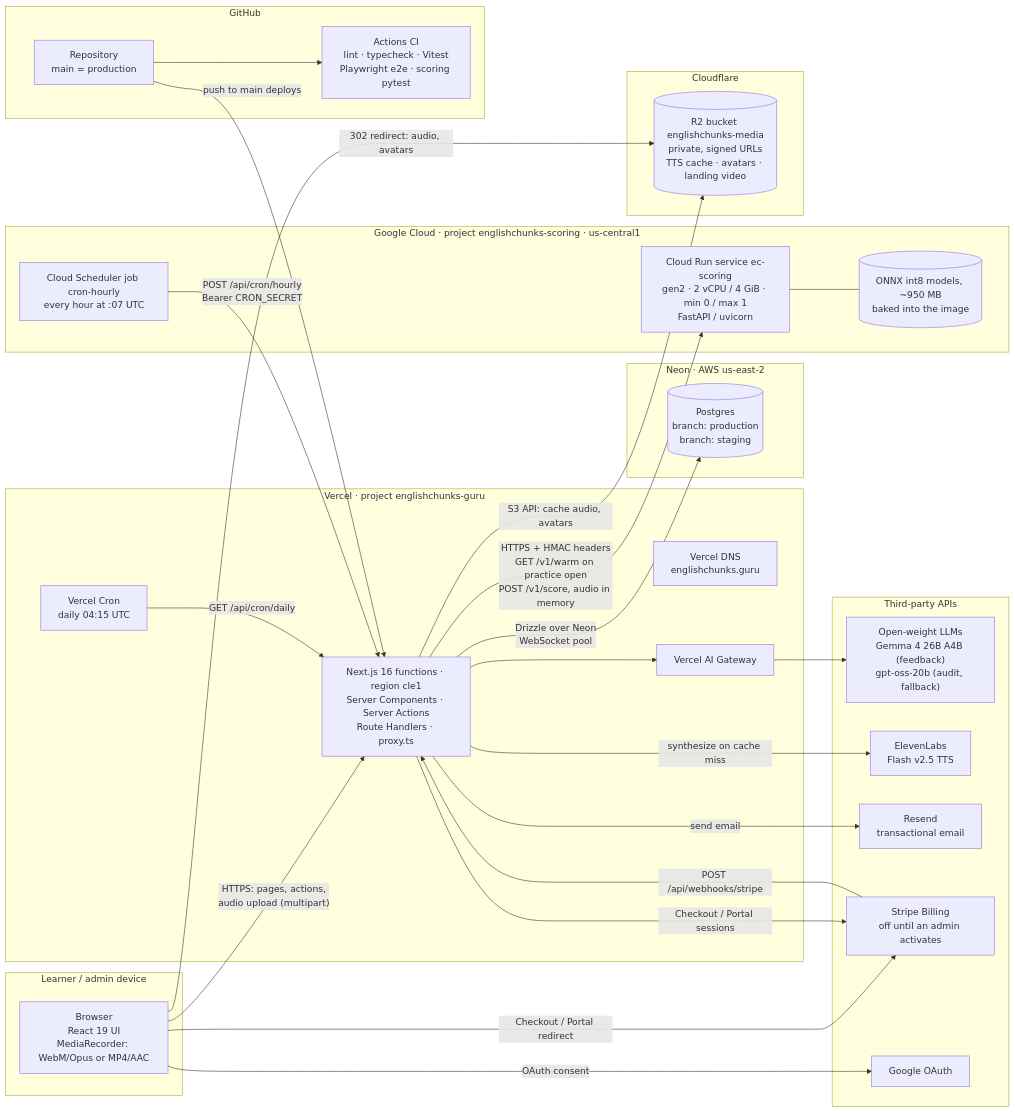
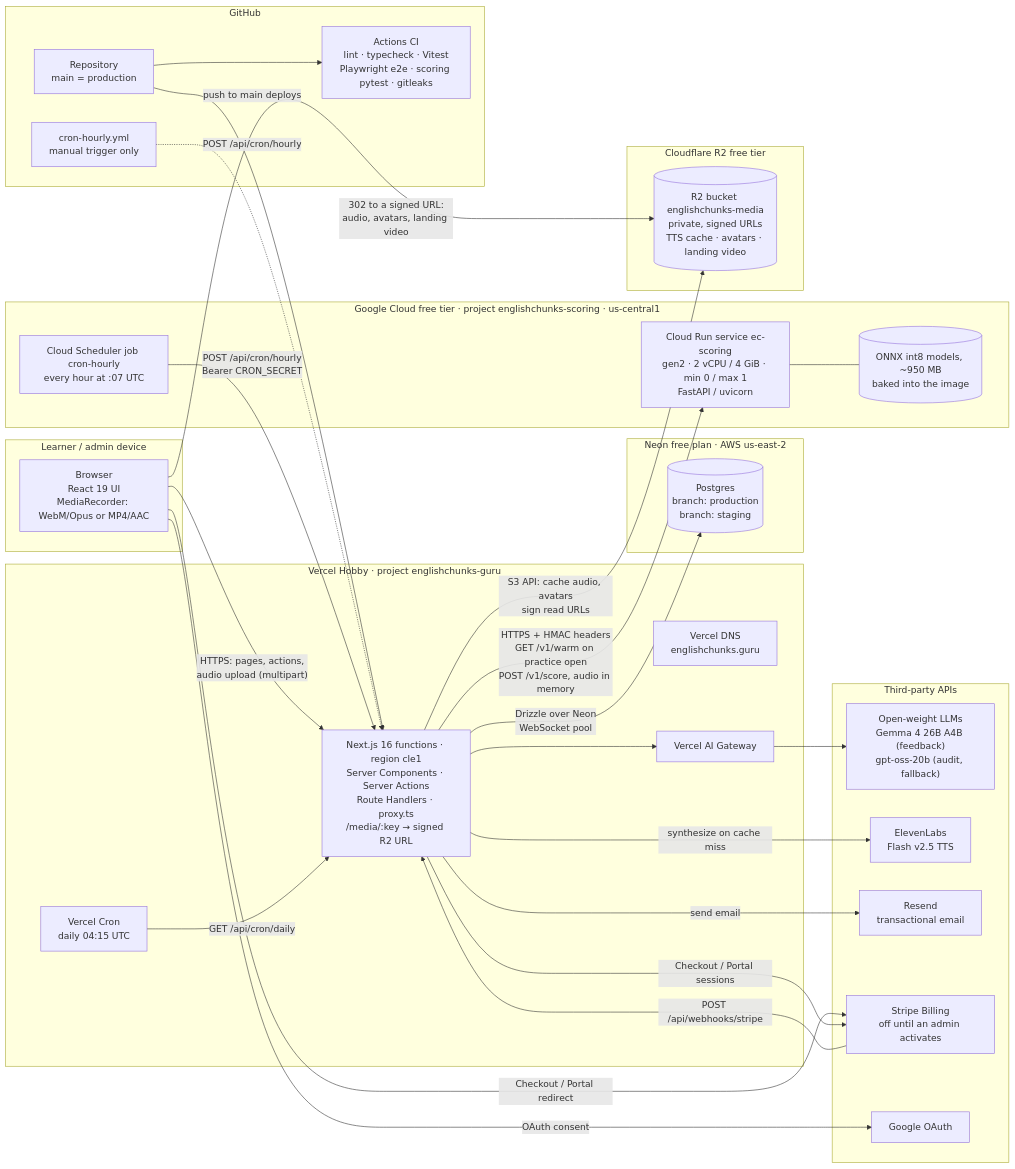
Before and after one commit to gusanchefullstack/englishchunks.guru: the first of 4 diagrams in docs/architecture.md, drawn with Mermaid. The commit also changed other lines of this file and 2 other files, not shown here.

First line of the commit message:
docs: free-tier architecture diagrams, README architecture, rationals.md (#27)

````diff
--- a/docs/architecture.md
+++ b/docs/architecture.md
@@ -13,58 +14,60 @@
 ```mermaid
 flowchart LR
   subgraph Client["Learner / admin device"]
     B["Browser<br/>React 19 UI<br/>MediaRecorder: WebM/Opus or MP4/AAC"]
   end
 
-  subgraph Vercel["Vercel · project englishchunks-guru"]
+  subgraph Vercel["Vercel Hobby · project englishchunks-guru"]
     DNS["Vercel DNS<br/>englishchunks.guru"]
-    FN["Next.js 16 functions · region cle1<br/>Server Components · Server Actions<br/>Route Handlers · proxy.ts"]
+    FN["Next.js 16 functions · region cle1<br/>Server Components · Server Actions<br/>Route Handlers · proxy.ts<br/>/media/:key → signed R2 URL"]
     VC["Vercel Cron<br/>daily 04:15 UTC"]
     GW["Vercel AI Gateway"]
   end
 
-  subgraph Neon["Neon · AWS us-east-2"]
+  subgraph Neon["Neon free plan · AWS us-east-2"]
     PG[("Postgres<br/>branch: production<br/>branch: staging")]
   end
 
-  subgraph GCP["Google Cloud · project englishchunks-scoring · us-central1"]
+  subgraph GCP["Google Cloud free tier · project englishchunks-scoring · us-central1"]
     SC["Cloud Run service ec-scoring<br/>gen2 · 2 vCPU / 4 GiB · min 0 / max 1<br/>FastAPI / uvicorn"]
     MOD[("ONNX int8 models, ~950 MB<br/>baked into the image")]
     TMR["Cloud Scheduler job cron-hourly<br/>every hour at :07 UTC"]
   end
 
-  subgraph CF["Cloudflare"]
+  subgraph CF["Cloudflare R2 free tier"]
     SP[("R2 bucket englishchunks-media<br/>private, signed URLs<br/>TTS cache · avatars · landing video")]
   end
 
   subgraph Ext["Third-party APIs"]
     LLM["Open-weight LLMs<br/>Gemma 4 26B A4B (feedback)<br/>gpt-oss-20b (audit, fallback)"]
     EL["ElevenLabs<br/>Flash v2.5 TTS"]
     RS["Resend<br/>transactional email"]
     ST["Stripe Billing<br/>off until an admin activates"]
     GO["Google OAuth"]
   end
 
   subgraph GH["GitHub"]
     REPO["Repository<br/>main = production"]
-    CI["Actions CI<br/>lint · typecheck · Vitest<br/>Playwright e2e · scoring pytest"]
+    CI["Actions CI<br/>lint · typecheck · Vitest<br/>Playwright e2e · scoring pytest · gitleaks"]
+    MAN["cron-hourly.yml<br/>manual trigger only"]
   end
 
   B -- "HTTPS: pages, actions,<br/>audio upload (multipart)" --> FN
-  B -- "302 redirect: audio, avatars" --> SP
+  B -- "302 to a signed URL:<br/>audio, avatars, landing video" --> SP
   B -- "Checkout / Portal redirect" --> ST
   B -- "OAuth consent" --> GO
   FN -- "Drizzle over Neon<br/>WebSocket pool" --> PG
   FN -- "HTTPS + HMAC headers<br/>GET /v1/warm on practice open<br/>POST /v1/score, audio in memory" --> SC
   SC --- MOD
   TMR -- "POST /api/cron/hourly<br/>Bearer CRON_SECRET" --> FN
   VC -- "GET /api/cron/daily" --> FN
   FN --> GW --> LLM
   FN -- "synthesize on cache miss" --> EL
-  FN -- "S3 API: cache audio, avatars" --> SP
+  FN -- "S3 API: cache audio, avatars<br/>sign read URLs" --> SP
   FN -- "send email" --> RS
   FN -- "Checkout / Portal sessions" --> ST
   ST -- "POST /api/webhooks/stripe" --> FN
   REPO -- "push to main deploys" --> FN
   REPO --> CI
+  MAN -. "POST /api/cron/hourly" .-> FN
 ```
````
